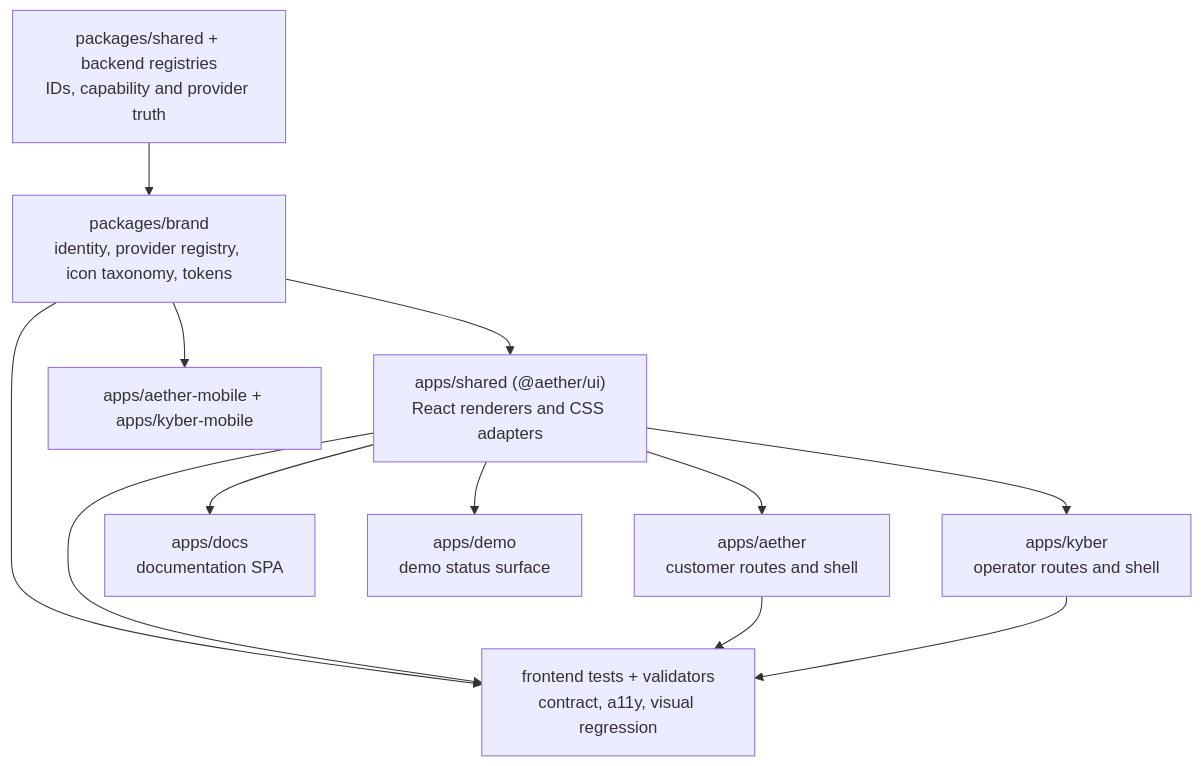
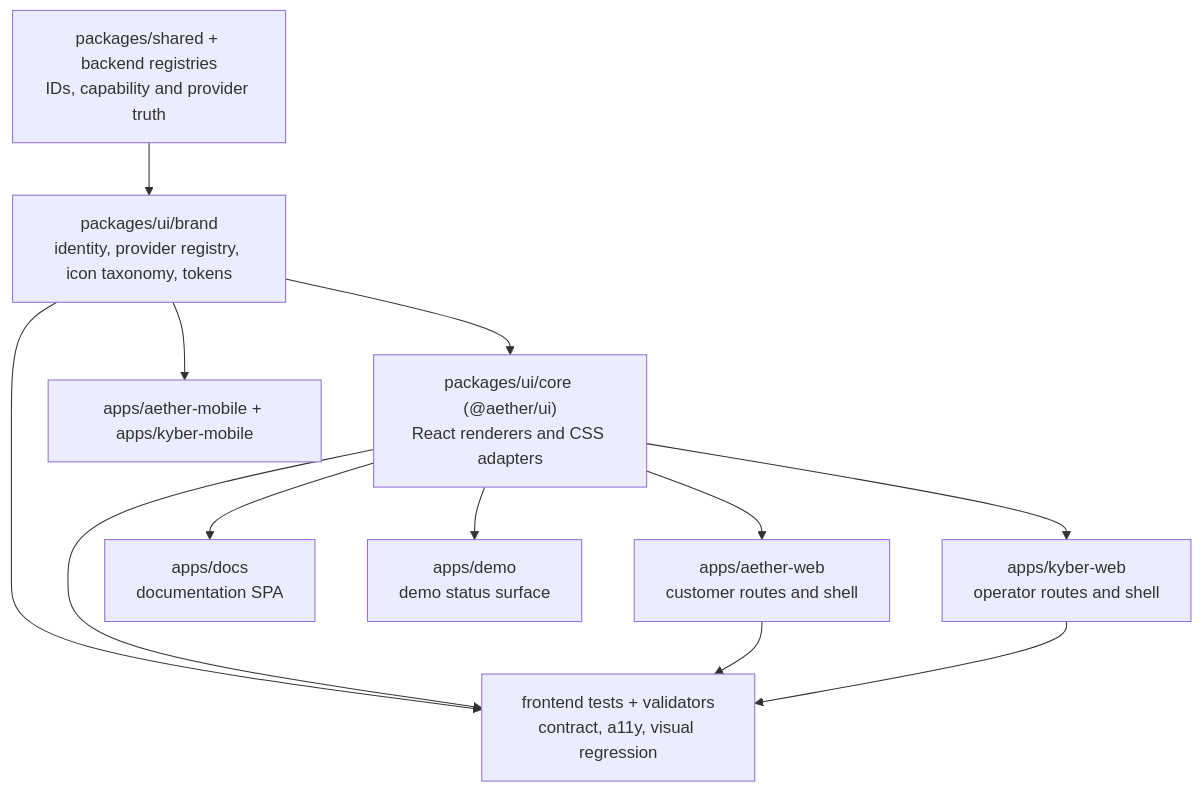
The diagram in docs/product/brand-system/audit.md (DammnThatsCrazy/AETHER), drawn with Mermaid before and after one commit. The commit also changed other lines of this file and 2583 other files, not shown here.

First line of the commit message:
refactor(repo): move apps and packages to the target layout

````diff
--- a/docs/product/brand-system/audit.md
+++ b/docs/product/brand-system/audit.md
@@ -175,24 +175,24 @@
 ```mermaid
 flowchart TD
-  Brand["packages/brand<br/>identity, provider registry, icon taxonomy, tokens"]
-  Shared["apps/shared (@aether/ui)<br/>React renderers and CSS adapters"]
-  Aether["apps/aether<br/>customer routes and shell"]
-  Kyber["apps/kyber<br/>operator routes and shell"]
+  Brand["packages/ui/brand<br/>identity, provider registry, icon taxonomy, tokens"]
+  Shared["packages/ui/core (@aether/ui)<br/>React renderers and CSS adapters"]
+  Aether["apps/aether-web<br/>customer routes and shell"]
+  Kyber["apps/kyber-web<br/>operator routes and shell"]
   Docs["apps/docs<br/>documentation SPA"]
   Demo["apps/demo<br/>demo status surface"]
   Mobile["apps/aether-mobile + apps/kyber-mobile"]
   Contracts["packages/shared + backend registries<br/>IDs, capability and provider truth"]
   Tests["frontend tests + validators<br/>contract, a11y, visual regression"]
 
   Contracts --> Brand
   Brand --> Shared
   Shared --> Aether
   Shared --> Kyber
   Shared --> Docs
   Shared --> Demo
   Brand --> Mobile
   Brand --> Tests
   Shared --> Tests
   Aether --> Tests
   Kyber --> Tests
 ```
````
